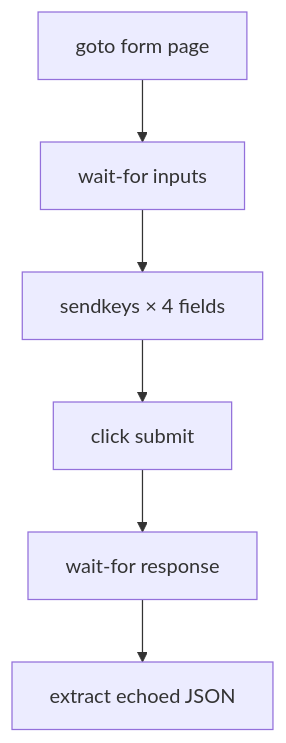
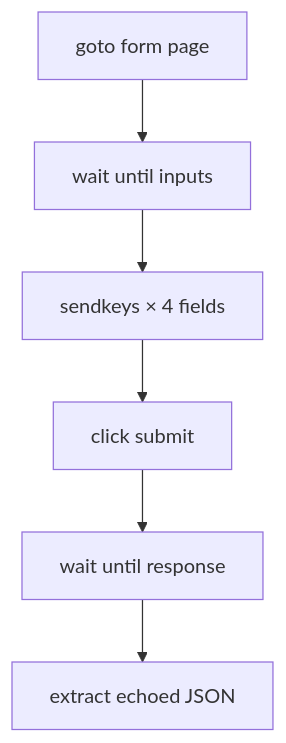
Before and after one commit to olivierdevelops/webtasks: the diagram in docs/demos/interaction.md, drawn with Mermaid. The commit also changed other lines of this file and 72 other files, not shown here.

````diff
--- a/docs/demos/interaction.md
+++ b/docs/demos/interaction.md
@@ -52,8 +44,8 @@
 ```mermaid
 flowchart TD
-    A[goto form page] --> B[wait-for inputs]
+    A[goto form page] --> B[wait until inputs]
     B --> C[sendkeys × 4 fields]
     C --> D[click submit]
-    D --> E[wait-for response]
+    D --> E[wait until response]
     E --> F[extract echoed JSON]
 ```
````
